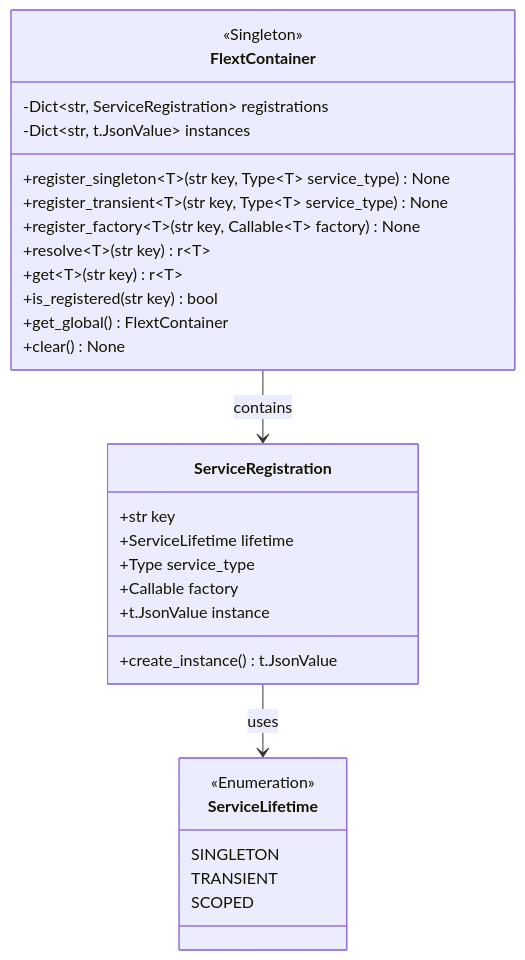
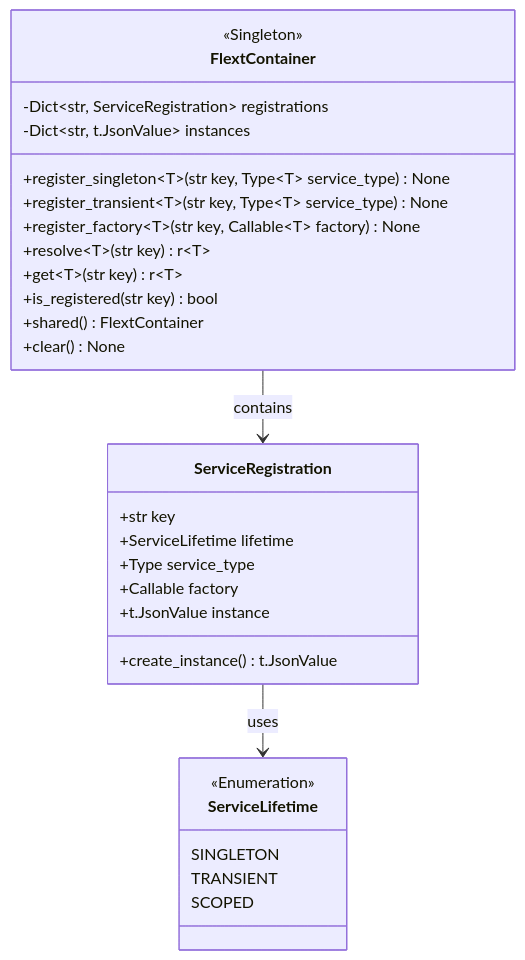
The second of 10 diagrams in docs/architecture/c4-model/code-diagrams.md (flext-sh/flext), drawn with Mermaid before and after one commit. The commit also changed other lines of this file and 135 other files, not shown here.

````diff
--- a/docs/architecture/c4-model/code-diagrams.md
+++ b/docs/architecture/c4-model/code-diagrams.md
@@ -76,35 +95,35 @@
 ```mermaid
 classDiagram
     class FlextContainer {
         <<Singleton>>
         -Dict~str, ServiceRegistration~ registrations
         -Dict~str, t.JsonValue~ instances
         +register_singleton~T~(str key, Type~T~ service_type) None
         +register_transient~T~(str key, Type~T~ service_type) None
         +register_factory~T~(str key, Callable~T~ factory) None
         +resolve~T~(str key) r~T~
         +get~T~(str key) r~T~
         +is_registered(str key) bool
-        +get_global() FlextContainer
+        +shared() FlextContainer
         +clear() None
     }
 
     class ServiceRegistration {
         +str key
         +ServiceLifetime lifetime
         +Type service_type
         +Callable factory
         +t.JsonValue instance
         +create_instance() t.JsonValue
     }
 
     class ServiceLifetime {
         <<Enumeration>>
         SINGLETON
         TRANSIENT
         SCOPED
     }
 
     FlextContainer --> ServiceRegistration : contains
     ServiceRegistration --> ServiceLifetime : uses
 ```
````
